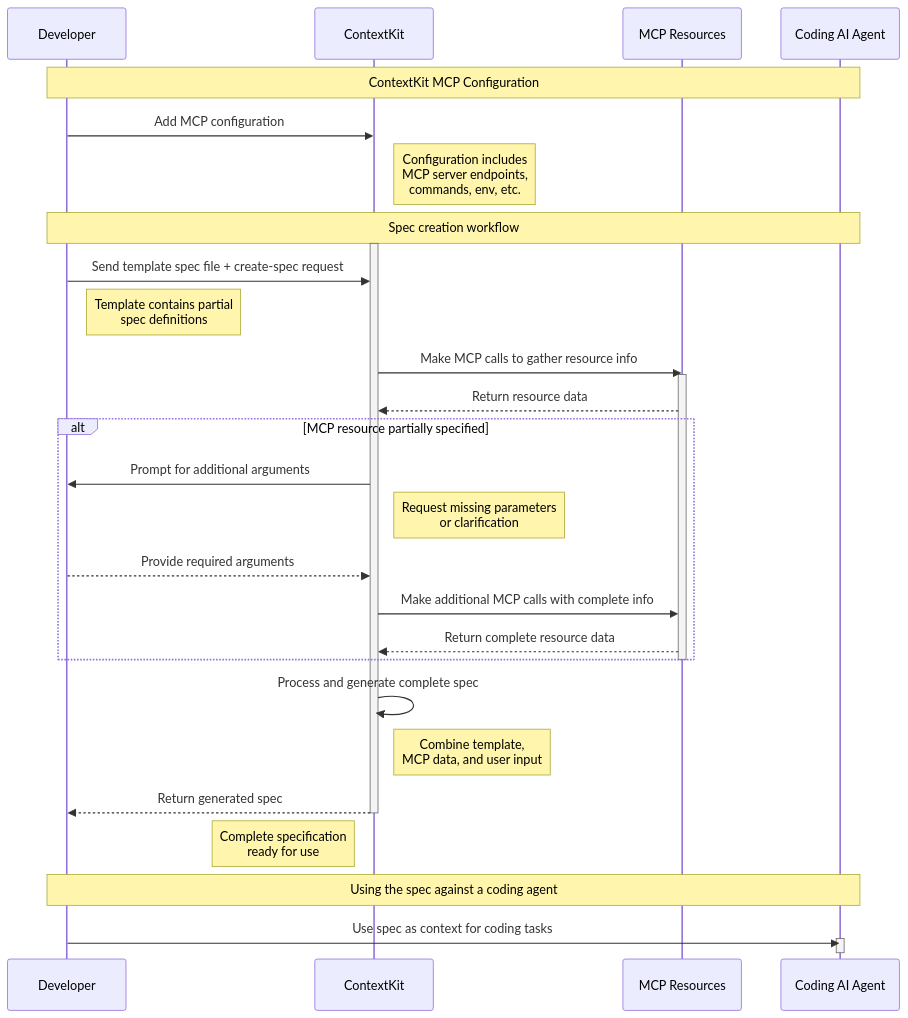
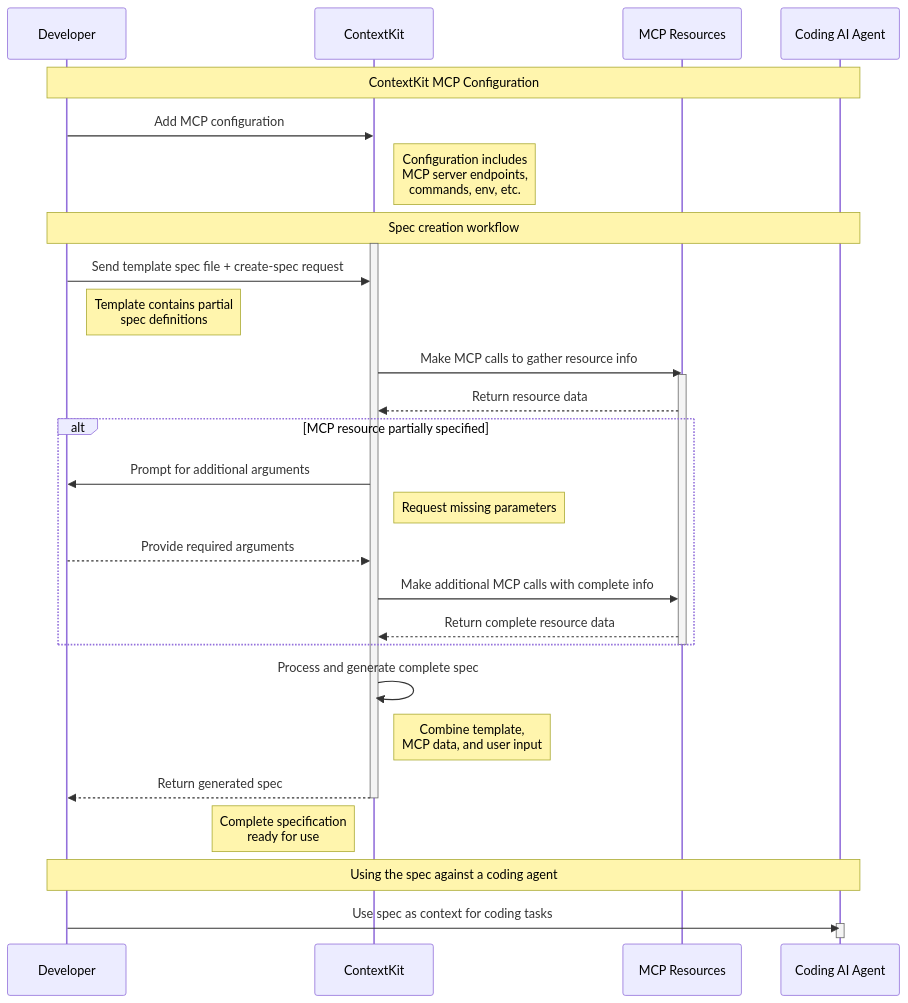
The diagram in README.md (eyalzh/context-kit), drawn with Mermaid before and after one commit.

````diff
--- a/README.md
+++ b/README.md
@@ -11,46 +11,46 @@
 ```mermaid
 sequenceDiagram
     participant Dev as Developer
     participant CK as ContextKit
     participant MCP as MCP Resources
     participant AI as Coding AI Agent
 
     Note over Dev, AI: ContextKit MCP Configuration
 
     Dev->>CK: Add MCP configuration
     
     Note right of CK: Configuration includes<br/>MCP server endpoints,<br/>commands, env, etc.
 
     Note over Dev, AI: Spec creation workflow
 
     activate CK
     Dev->>CK: Send template spec file + create-spec request
     Note right of Dev: Template contains partial<br/>spec definitions
 
     CK->>MCP: Make MCP calls to gather resource info
     activate MCP
     MCP-->>CK: Return resource data
     
     alt MCP resource partially specified
         CK->>Dev: Prompt for additional arguments
-        Note right of CK: Request missing parameters<br/>or clarification
+        Note right of CK: Request missing parameters
         Dev-->>CK: Provide required arguments
         CK->>MCP: Make additional MCP calls with complete info
         MCP-->>CK: Return complete resource data
     end
     
     deactivate MCP
     
     CK->>CK: Process and generate complete spec
     Note right of CK: Combine template,<br/>MCP data, and user input
 
     CK-->>Dev: Return generated spec
     deactivate CK
     Note left of CK: Complete specification<br/>ready for use
 
     Note over Dev, AI: Using the spec against a coding agent
 
     Dev->>AI: Use spec as context for coding tasks
     activate AI
     deactivate AI
 ```
````
